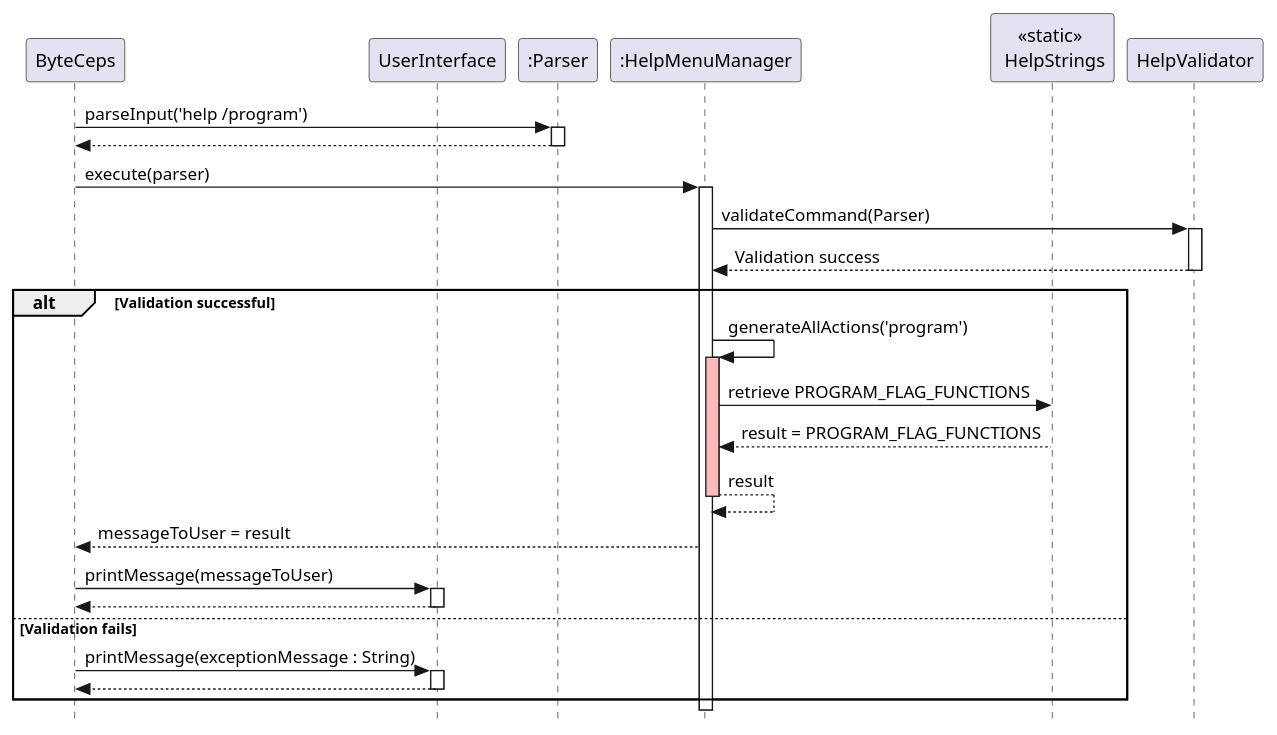
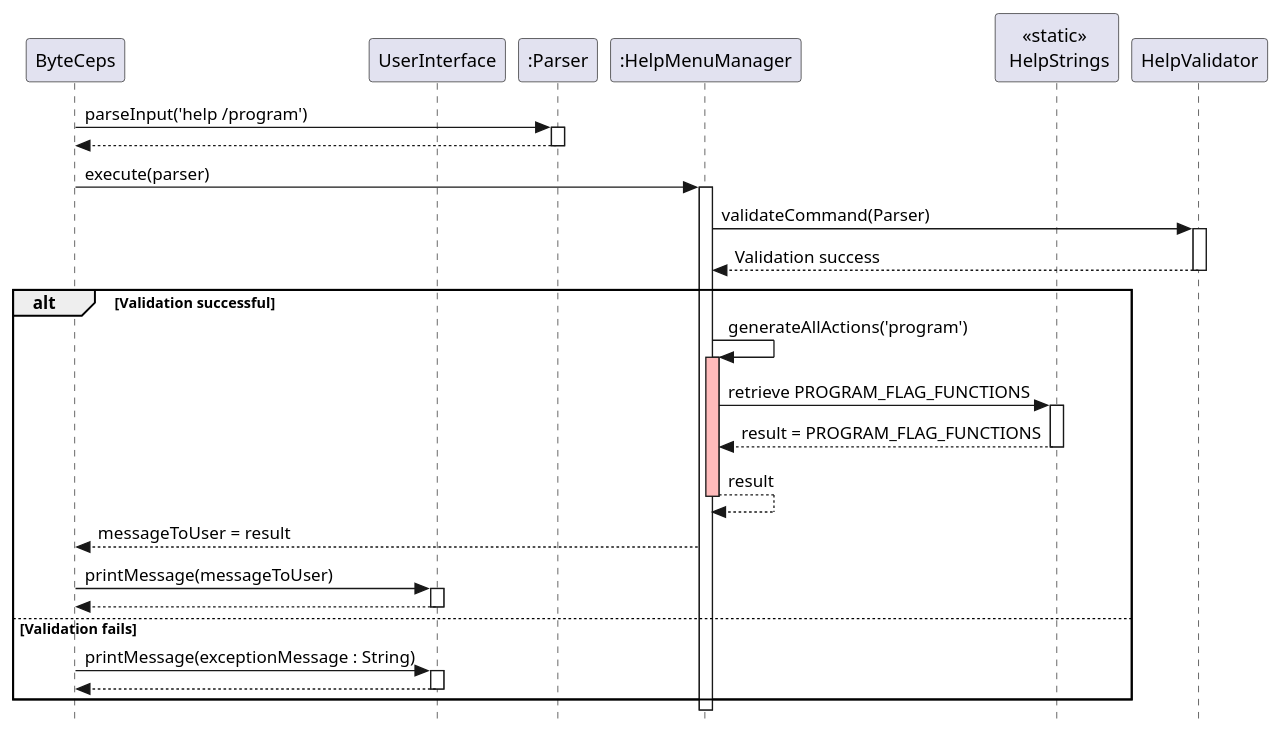
Before and after one commit to joshualeejunyi/tp: the diagram in docs/plantuml/helpMenuWholeMenu.puml, drawn with PlantUML. The commit also changed 13 other files, not shown here.

```diff
--- a/docs/plantuml/helpMenuWholeMenu.puml
+++ b/docs/plantuml/helpMenuWholeMenu.puml
@@ -1,49 +1,51 @@
 @startuml SequenceDiagram
 skinparam classAttributeIconSize 0
 skinparam style strictuml
 participant ByteCeps as User
 participant UserInterface
 participant ":Parser" as Parser
 participant ":HelpMenuManager" as HelpMenuManager
 participant HelpStrings as "<<static>> \n HelpStrings"
 participant HelpValidator as Validator
 
 
 User -> Parser : parseInput('help /program')
 activate Parser
 User <-- Parser
 deactivate Parser
 
 User -> HelpMenuManager : execute(parser)
 activate HelpMenuManager
 
 HelpMenuManager -> Validator : validateCommand(Parser)
 activate Validator
 Validator --> HelpMenuManager : Validation success
 deactivate Validator
 
 alt Validation successful
     HelpMenuManager -> HelpMenuManager : generateAllActions('program')
     activate HelpMenuManager #FFBBBB
 
 
     HelpMenuManager -> HelpStrings : retrieve PROGRAM_FLAG_FUNCTIONS
+    activate HelpStrings
     HelpMenuManager <-- HelpStrings : result = PROGRAM_FLAG_FUNCTIONS
+    deactivate HelpStrings
     HelpMenuManager --> HelpMenuManager : result
     deactivate HelpMenuManager #FFBBBB
 
     User <-- HelpMenuManager : messageToUser = result
     User -> UserInterface: printMessage(messageToUser)
     activate UserInterface
     UserInterface --> User:
     deactivate UserInterface
 
 
 else Validation fails
     User -> UserInterface: printMessage(exceptionMessage : String)
     activate UserInterface
     UserInterface --> User:
     deactivate UserInterface
 end
 
 @enduml
```
